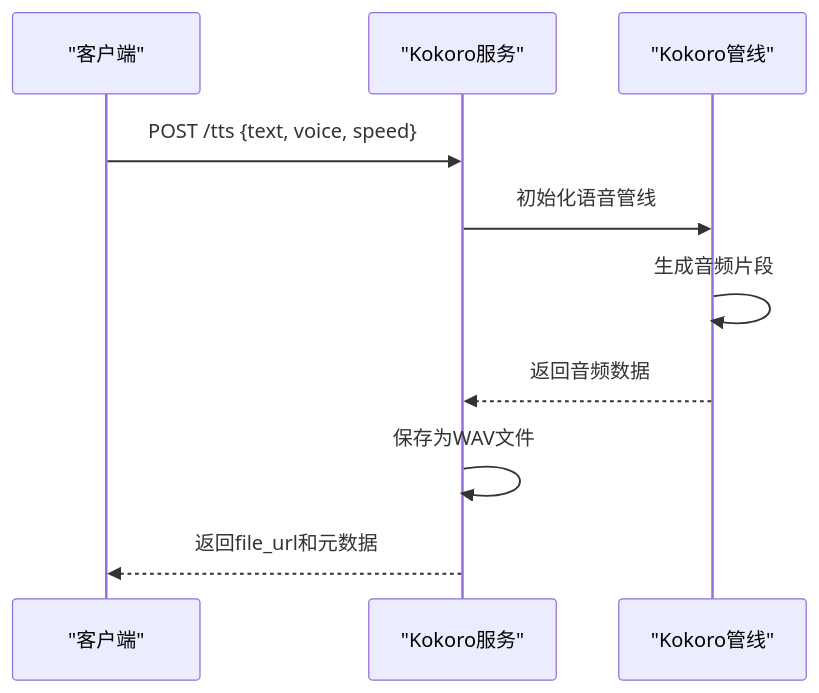
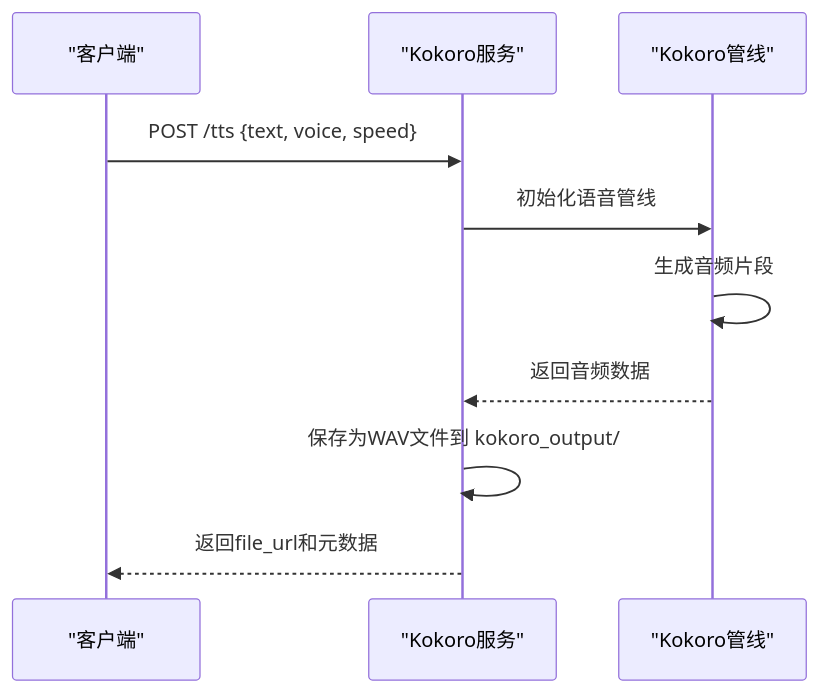
Before and after one commit to 1024dashen/Vue3Speech: the eighth of 10 diagrams in .qoder/repowiki/zh/content/语音合成服务/语音合成服务.md, drawn with Mermaid. The commit also changed other lines of this file and 8 other files, not shown here.

````diff
--- a/.qoder/repowiki/zh/content/语音合成服务/语音合成服务.md
+++ b/.qoder/repowiki/zh/content/语音合成服务/语音合成服务.md
@@ -302,12 +306,12 @@
 ```mermaid
 sequenceDiagram
 participant Client as "客户端"
 participant KO as "Kokoro服务"
 participant Pipeline as "Kokoro管线"
 Client->>KO : POST /tts {text, voice, speed}
 KO->>Pipeline : 初始化语音管线
 Pipeline->>Pipeline : 生成音频片段
 Pipeline-->>KO : 返回音频数据
-KO->>KO : 保存为WAV文件
+KO->>KO : 保存为WAV文件到 kokoro_output/
 KO-->>Client : 返回file_url和元数据
 ```
````
